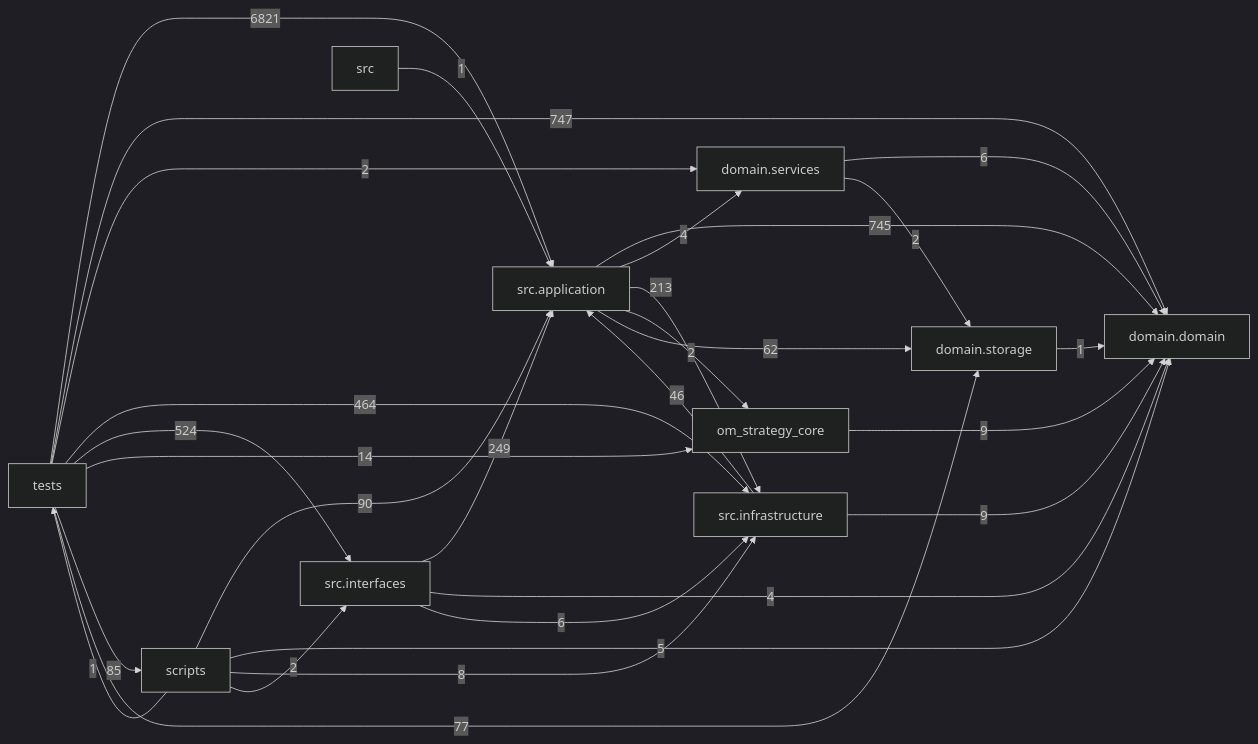
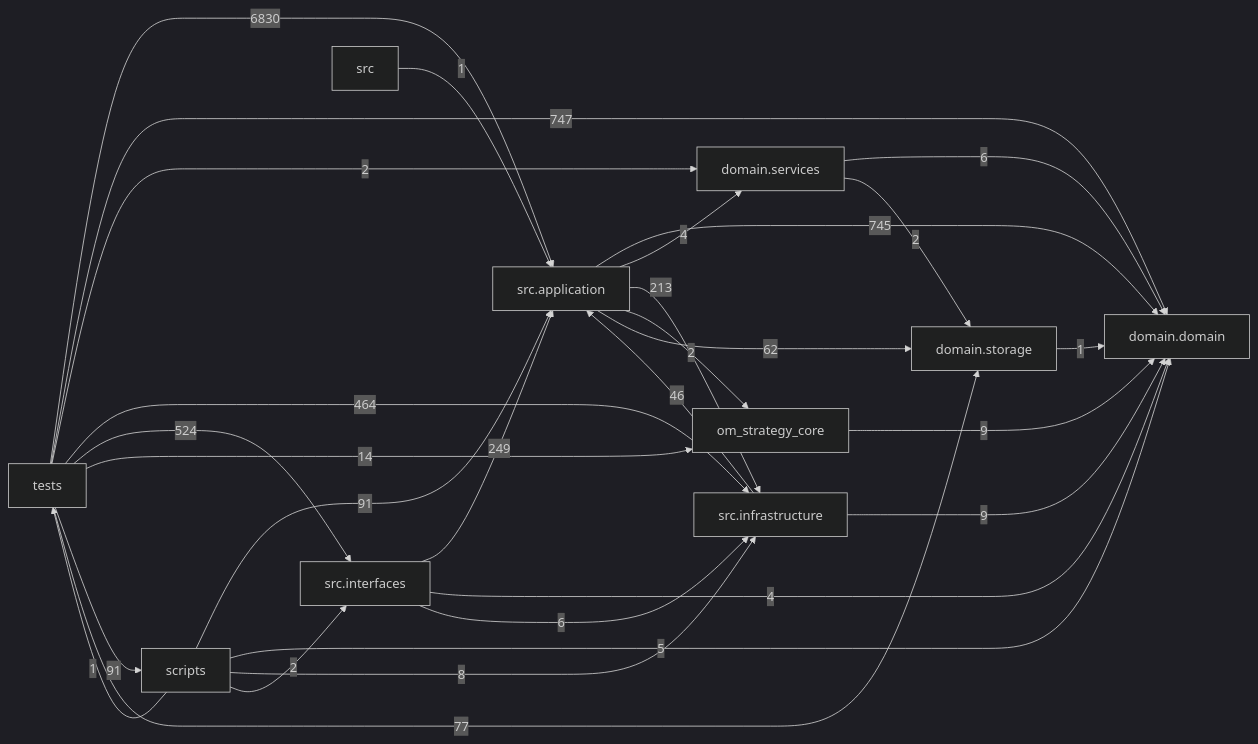
The diagram in docs/DEPENDENCY_GRAPH.md (liuxie066/options-monitor), drawn with Mermaid (dark theme) before and after one commit. The commit also changed other lines of this file and 31 other files, not shown here.

````diff
--- a/docs/DEPENDENCY_GRAPH.md
+++ b/docs/DEPENDENCY_GRAPH.md
@@ -24,39 +24,39 @@
 ```mermaid
 flowchart LR
   tests["tests"]
   scripts["scripts"]
   interfaces["src.interfaces"]
   application["src.application"]
   infrastructure["src.infrastructure"]
   domain_services["domain.services"]
   domain["domain.domain"]
   storage["domain.storage"]
   application -->|745| domain
   application -->|4| domain_services
   application -->|213| infrastructure
   application -->|2| om_strategy_core
   application -->|62| storage
   domain_services -->|6| domain
   domain_services -->|2| storage
   infrastructure -->|46| application
   infrastructure -->|9| domain
   interfaces -->|249| application
   interfaces -->|4| domain
   interfaces -->|6| infrastructure
   om_strategy_core -->|9| domain
-  scripts -->|90| application
+  scripts -->|91| application
   scripts -->|5| domain
   scripts -->|8| infrastructure
   scripts -->|2| interfaces
   scripts -->|1| tests
   src -->|1| application
   storage -->|1| domain
-  tests -->|6821| application
+  tests -->|6830| application
   tests -->|747| domain
   tests -->|2| domain_services
   tests -->|464| infrastructure
   tests -->|524| interfaces
   tests -->|14| om_strategy_core
-  tests -->|85| scripts
+  tests -->|91| scripts
   tests -->|77| storage
 ```
````
